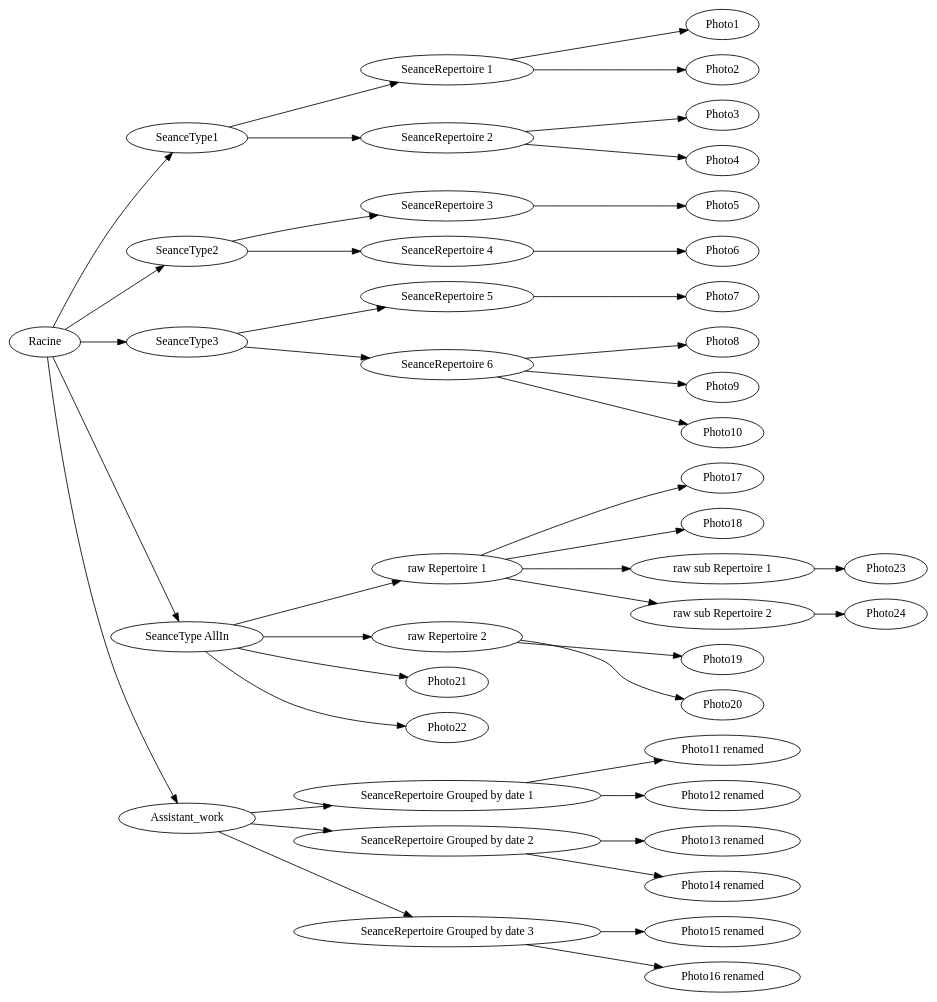
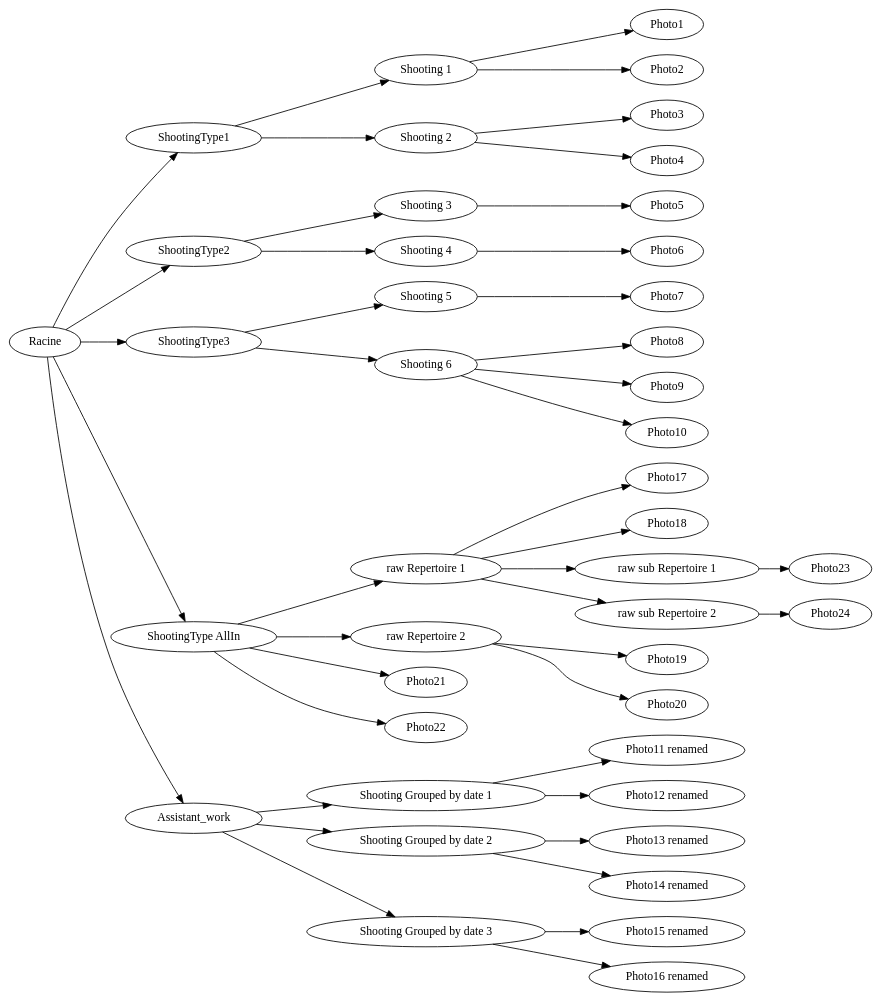
The diagram in src/main/java/com/malicia/mrg/assistant/photo/repertoire/Structure_Repertoire_Photo.dot (maliciamrg/AssistantPhotoBack), drawn with Graphviz before and after one commit. The commit also changed 27 other files, not shown here.

Commit message:
work with tag and repertoire metadata

```diff
--- a/src/main/java/com/malicia/mrg/assistant/photo/repertoire/Structure_Repertoire_Photo.dot
+++ b/src/main/java/com/malicia/mrg/assistant/photo/repertoire/Structure_Repertoire_Photo.dot
@@ -1,47 +1,47 @@
 digraph repertoire_architecture {
     rankdir = LR;
 // Define edges between the components
-"Racine" -> "SeanceType1"
-"Racine" -> "SeanceType2"
-"Racine" -> "SeanceType3"
-"Racine" -> "SeanceType AllIn"
-"SeanceType1" -> "SeanceRepertoire 1"
-"SeanceType1" -> "SeanceRepertoire 2"
-"SeanceType2" -> "SeanceRepertoire 3"
-"SeanceType2" -> "SeanceRepertoire 4"
-"SeanceType3" -> "SeanceRepertoire 5"
-"SeanceType3" -> "SeanceRepertoire 6"
+"Racine" -> "ShootingType1"
+"Racine" -> "ShootingType2"
+"Racine" -> "ShootingType3"
+"Racine" -> "ShootingType AllIn"
+"ShootingType1" -> "Shooting 1"
+"ShootingType1" -> "Shooting 2"
+"ShootingType2" -> "Shooting 3"
+"ShootingType2" -> "Shooting 4"
+"ShootingType3" -> "Shooting 5"
+"ShootingType3" -> "Shooting 6"
 "Racine" -> "Assistant_work"
-"Assistant_work" -> "SeanceRepertoire Grouped by date 1"
-"Assistant_work" -> "SeanceRepertoire Grouped by date 2"
-"Assistant_work" -> "SeanceRepertoire Grouped by date 3"
-"SeanceType AllIn" -> "raw Repertoire 1"
-"SeanceType AllIn" -> "raw Repertoire 2"
-"SeanceRepertoire 1" -> "Photo1"
-"SeanceRepertoire 1" -> "Photo2"
-"SeanceRepertoire 2" -> "Photo3"
-"SeanceRepertoire 2" -> "Photo4"
-"SeanceRepertoire 3" -> "Photo5"
-"SeanceRepertoire 4" -> "Photo6"
-"SeanceRepertoire 5" -> "Photo7"
-"SeanceRepertoire 6" -> "Photo8"
-"SeanceRepertoire 6" -> "Photo9"
-"SeanceRepertoire 6" -> "Photo10"
-"SeanceRepertoire Grouped by date 1" -> "Photo11 renamed"
-"SeanceRepertoire Grouped by date 1" -> "Photo12 renamed"
-"SeanceRepertoire Grouped by date 2" -> "Photo13 renamed"
-"SeanceRepertoire Grouped by date 2" -> "Photo14 renamed"
-"SeanceRepertoire Grouped by date 3" -> "Photo15 renamed"
-"SeanceRepertoire Grouped by date 3" -> "Photo16 renamed"
+"Assistant_work" -> "Shooting Grouped by date 1"
+"Assistant_work" -> "Shooting Grouped by date 2"
+"Assistant_work" -> "Shooting Grouped by date 3"
+"ShootingType AllIn" -> "raw Repertoire 1"
+"ShootingType AllIn" -> "raw Repertoire 2"
+"Shooting 1" -> "Photo1"
+"Shooting 1" -> "Photo2"
+"Shooting 2" -> "Photo3"
+"Shooting 2" -> "Photo4"
+"Shooting 3" -> "Photo5"
+"Shooting 4" -> "Photo6"
+"Shooting 5" -> "Photo7"
+"Shooting 6" -> "Photo8"
+"Shooting 6" -> "Photo9"
+"Shooting 6" -> "Photo10"
+"Shooting Grouped by date 1" -> "Photo11 renamed"
+"Shooting Grouped by date 1" -> "Photo12 renamed"
+"Shooting Grouped by date 2" -> "Photo13 renamed"
+"Shooting Grouped by date 2" -> "Photo14 renamed"
+"Shooting Grouped by date 3" -> "Photo15 renamed"
+"Shooting Grouped by date 3" -> "Photo16 renamed"
 "raw Repertoire 1" -> "Photo17"
 "raw Repertoire 1" -> "Photo18"
 "raw Repertoire 2" -> "Photo19"
 "raw Repertoire 2" -> "Photo20"
 "raw Repertoire 1" -> "raw sub Repertoire 1"
 "raw Repertoire 1" -> "raw sub Repertoire 2"
-"SeanceType AllIn" -> "Photo21"
-"SeanceType AllIn" -> "Photo22"
+"ShootingType AllIn" -> "Photo21"
+"ShootingType AllIn" -> "Photo22"
 "raw sub Repertoire 1" -> "Photo23"
 "raw sub Repertoire 2" -> "Photo24"
 
 }
```
